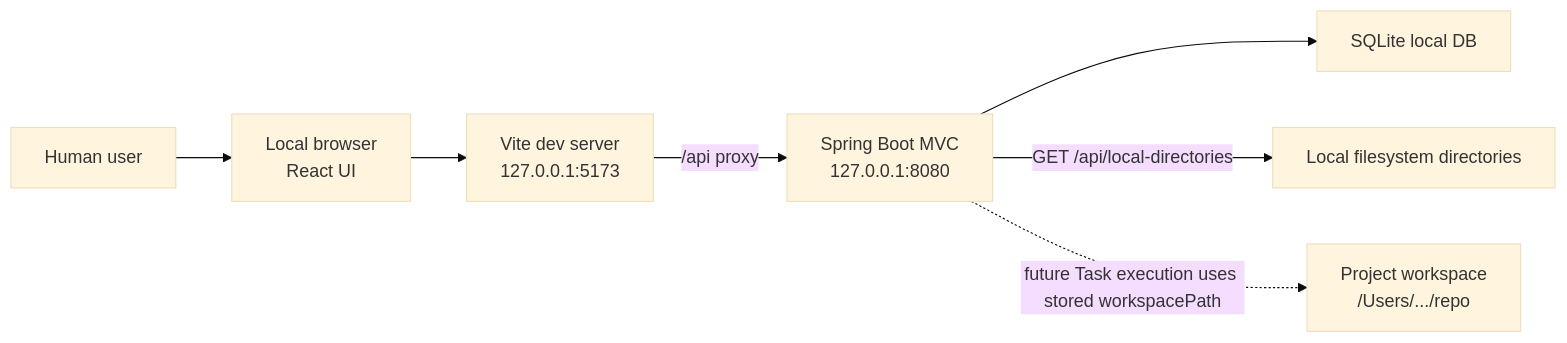
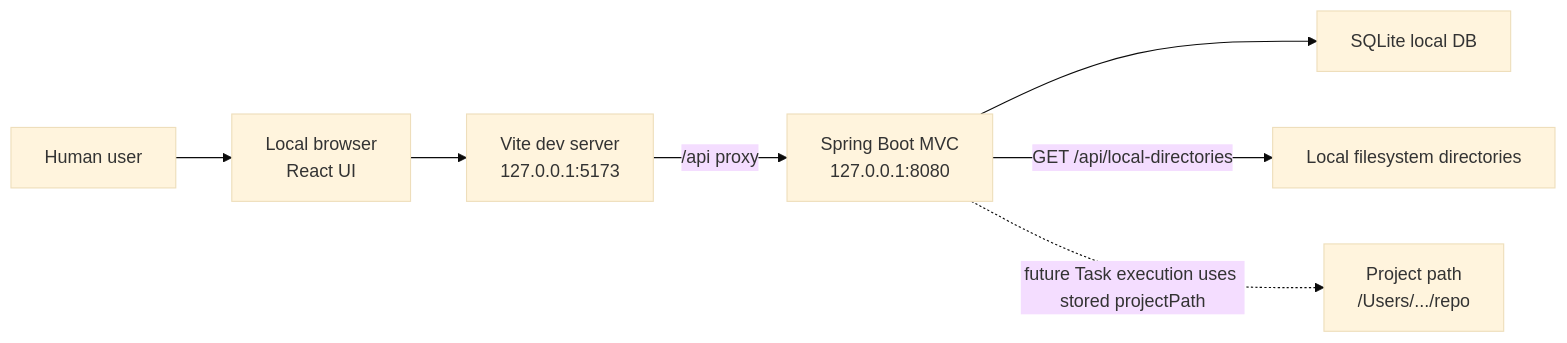
Before and after one commit to samzhu/grimoAPP: the second of 5 diagrams in docs/grimo/architecture.md, drawn with Mermaid (base theme). The commit also changed other lines of this file and 6 other files, not shown here.

Commit message:
docs(specs): simplify S003 project path contract

````diff
--- a/docs/grimo/architecture.md
+++ b/docs/grimo/architecture.md
@@ -52,17 +52,17 @@
 ```mermaid
 flowchart LR
   User["Human user"]
   Browser["Local browser\nReact UI"]
   Vite["Vite dev server\n127.0.0.1:5173"]
   Backend["Spring Boot MVC\n127.0.0.1:8080"]
   SQLite["SQLite local DB"]
-  Workspace["Project workspace\n/Users/.../repo"]
+  ProjectPath["Project path\n/Users/.../repo"]
   LocalDirs["Local filesystem directories"]
 
   User --> Browser
   Browser --> Vite
   Vite -- "/api proxy" --> Backend
   Backend --> SQLite
   Backend -- "GET /api/local-directories" --> LocalDirs
-  Backend -. "future Task execution uses stored workspacePath" .-> Workspace
+  Backend -. "future Task execution uses stored projectPath" .-> ProjectPath
 ```
````
